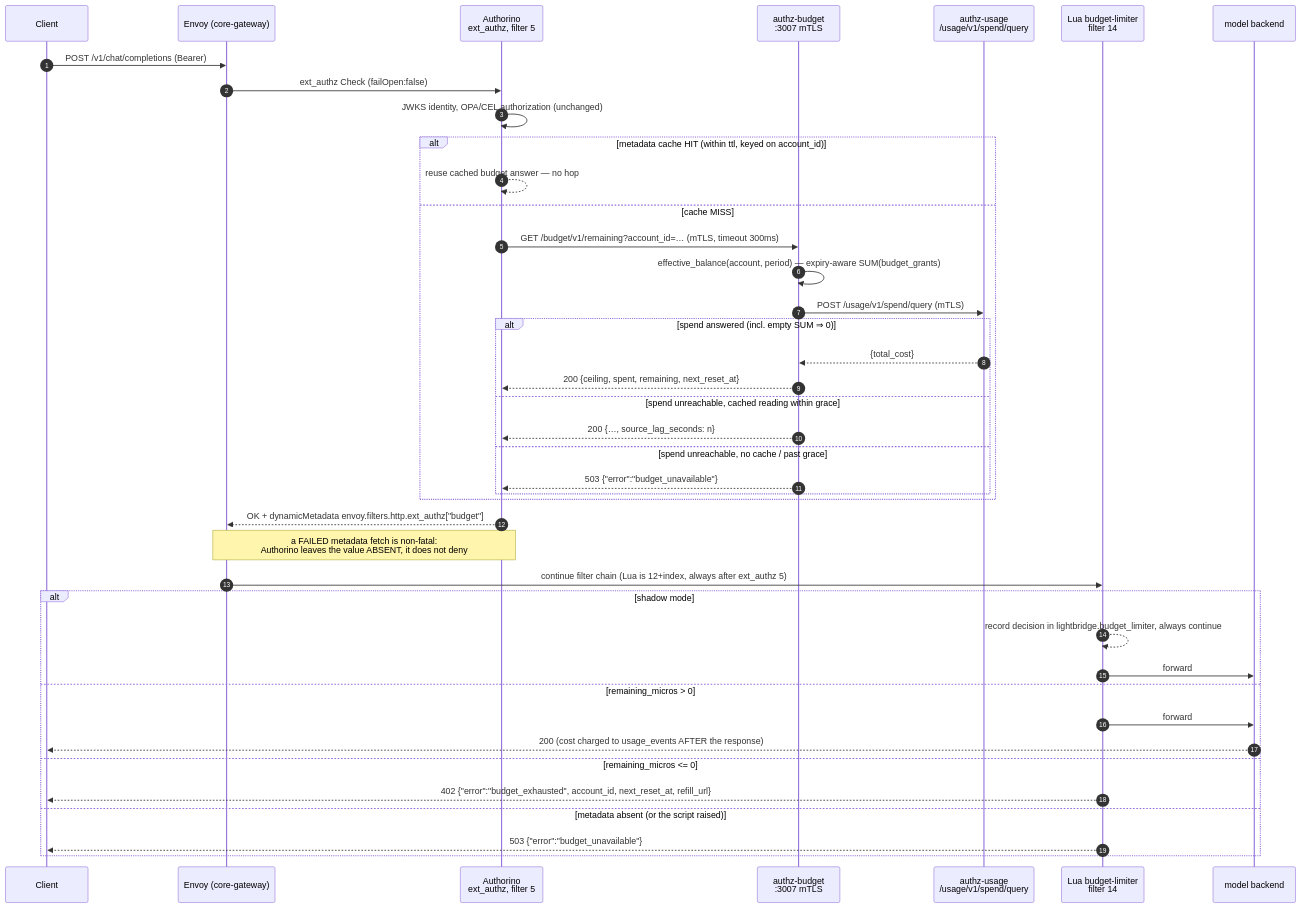
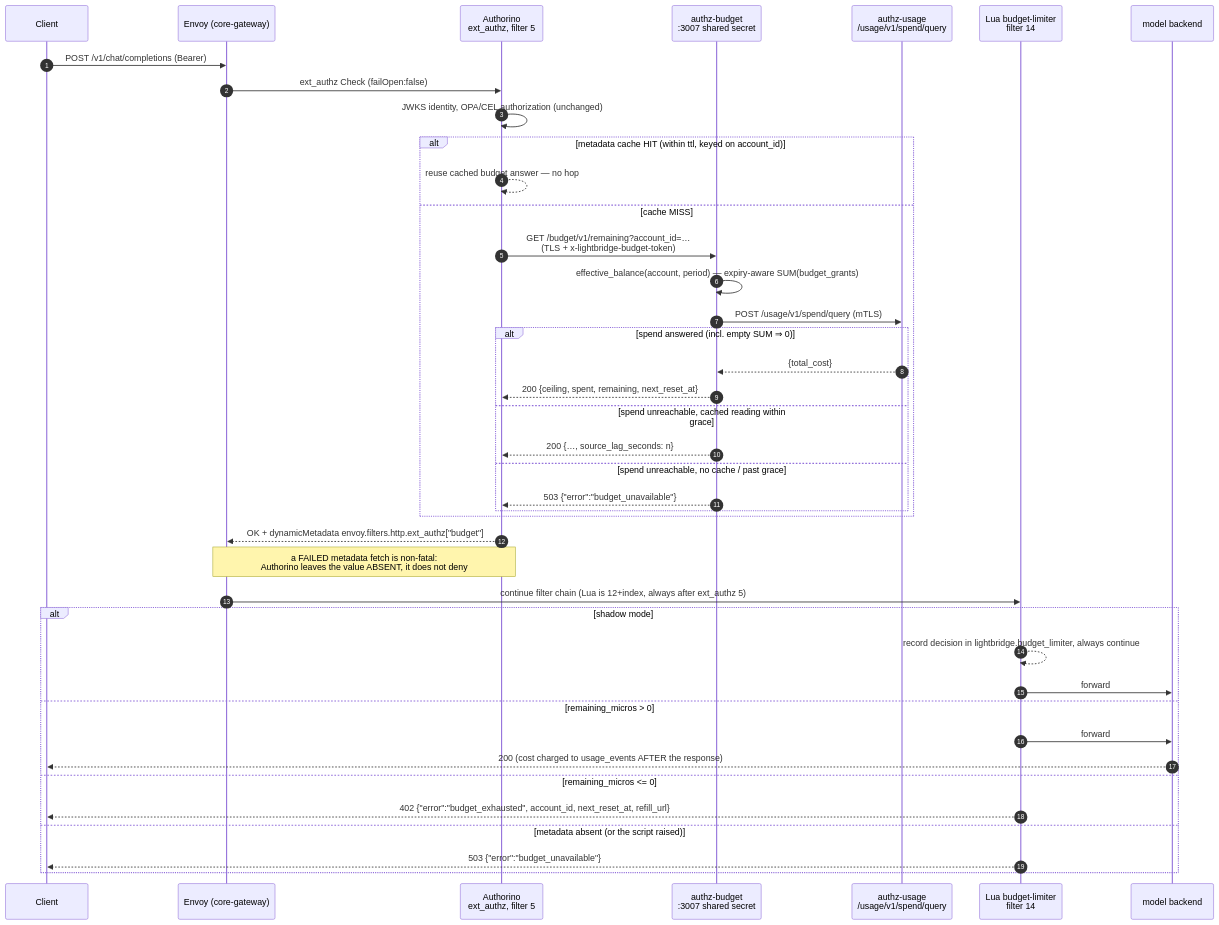
One commit to ADORSYS-GIS/lightbridge-authz changed the third of 4 diagrams in docs/adr/0034-dynamic-budget-limiter.md. Above: the diagram before and after it, drawn with Mermaid. The commit also changed other lines of this file and 12 other files, not shown here.

````diff
--- a/docs/adr/0034-dynamic-budget-limiter.md
+++ b/docs/adr/0034-dynamic-budget-limiter.md
@@ -608,47 +725,47 @@
 ```mermaid
 sequenceDiagram
     autonumber
     participant C as Client
     participant EG as Envoy (core-gateway)
     participant AZ as Authorino<br/>ext_authz, filter 5
-    participant B as authz-budget<br/>:3007 mTLS
+    participant B as authz-budget<br/>:3007 shared secret
     participant U as authz-usage<br/>/usage/v1/spend/query
     participant LUA as Lua budget-limiter<br/>filter 14
     participant M as model backend
 
     C->>EG: POST /v1/chat/completions (Bearer)
     EG->>AZ: ext_authz Check (failOpen:false)
     AZ->>AZ: JWKS identity, OPA/CEL authorization (unchanged)
 
     alt metadata cache HIT (within ttl, keyed on account_id)
         AZ-->>AZ: reuse cached budget answer — no hop
     else cache MISS
-        AZ->>B: GET /budget/v1/remaining?account_id=… (mTLS, timeout 300ms)
+        AZ->>B: GET /budget/v1/remaining?account_id=…<br/>(TLS + x-lightbridge-budget-token)
         B->>B: effective_balance(account, period) — expiry-aware SUM(budget_grants)
         B->>U: POST /usage/v1/spend/query (mTLS)
         alt spend answered (incl. empty SUM ⇒ 0)
             U-->>B: {total_cost}
             B-->>AZ: 200 {ceiling, spent, remaining, next_reset_at}
         else spend unreachable, cached reading within grace
             B-->>AZ: 200 {…, source_lag_seconds: n}
         else spend unreachable, no cache / past grace
             B-->>AZ: 503 {"error":"budget_unavailable"}
         end
     end
 
     AZ-->>EG: OK + dynamicMetadata envoy.filters.http.ext_authz["budget"]
     Note over AZ,EG: a FAILED metadata fetch is non-fatal:<br/>Authorino leaves the value ABSENT, it does not deny
 
     EG->>LUA: continue filter chain (Lua is 12+index, always after ext_authz 5)
     alt shadow mode
         LUA-->>LUA: record decision in lightbridge.budget_limiter, always continue
         LUA->>M: forward
     else remaining_micros > 0
         LUA->>M: forward
         M-->>C: 200 (cost charged to usage_events AFTER the response)
     else remaining_micros <= 0
         LUA-->>C: 402 {"error":"budget_exhausted", account_id, next_reset_at, refill_url}
     else metadata absent (or the script raised)
         LUA-->>C: 503 {"error":"budget_unavailable"}
     end
 ```
````
